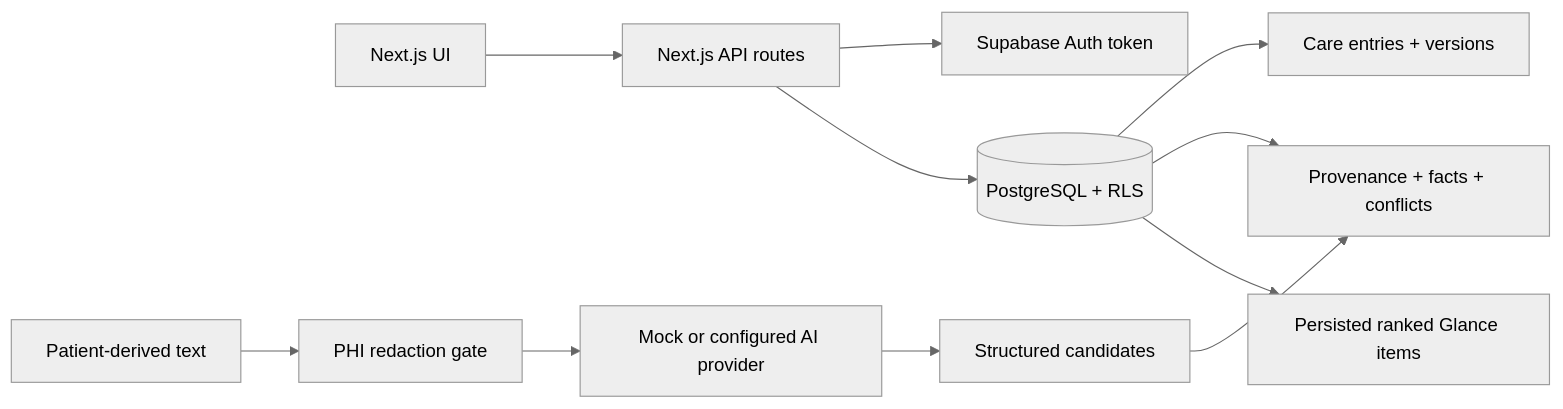
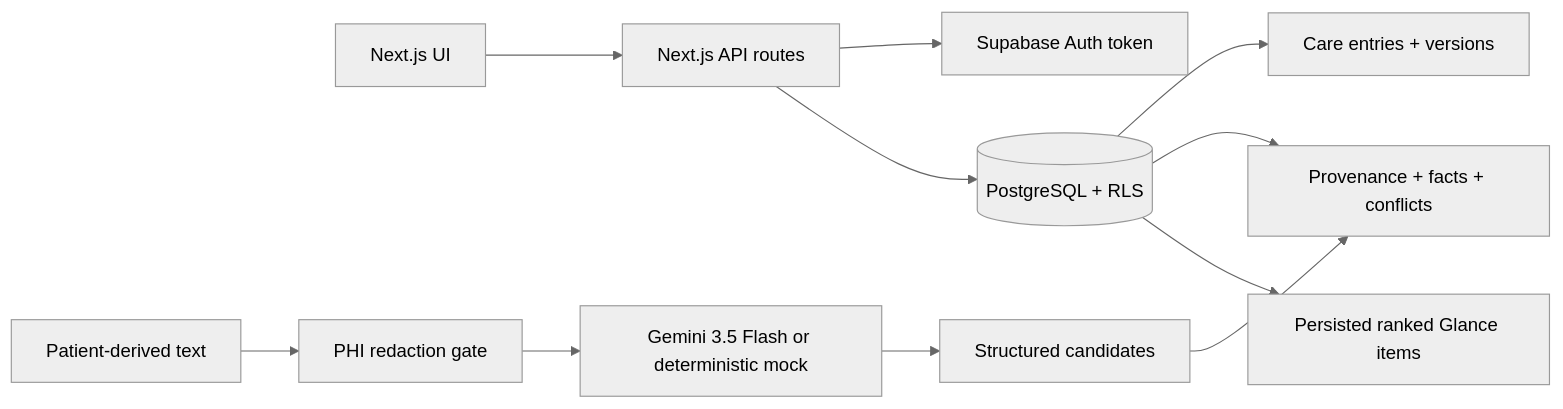
One commit to cccyany/nightingale-carenote changed the diagram in README.md. Above: the diagram before and after it, drawn with Mermaid (neutral theme). The commit also changed other lines of this file and 27 other files, not shown here.

````diff
--- a/README.md
+++ b/README.md
@@ -35,13 +35,13 @@
 ```mermaid
 flowchart LR
   UI[Next.js UI] --> API[Next.js API routes]
   API --> Auth[Supabase Auth token]
   API --> DB[(PostgreSQL + RLS)]
   DB --> Timeline[Care entries + versions]
   DB --> Trust[Provenance + facts + conflicts]
   DB --> Glance[Persisted ranked Glance items]
   Raw[Patient-derived text] --> Redact[PHI redaction gate]
-  Redact --> Provider[Mock or configured AI provider]
+  Redact --> Provider[Gemini 3.5 Flash or deterministic mock]
   Provider --> Extract[Structured candidates]
   Extract --> Trust
 ```
````
